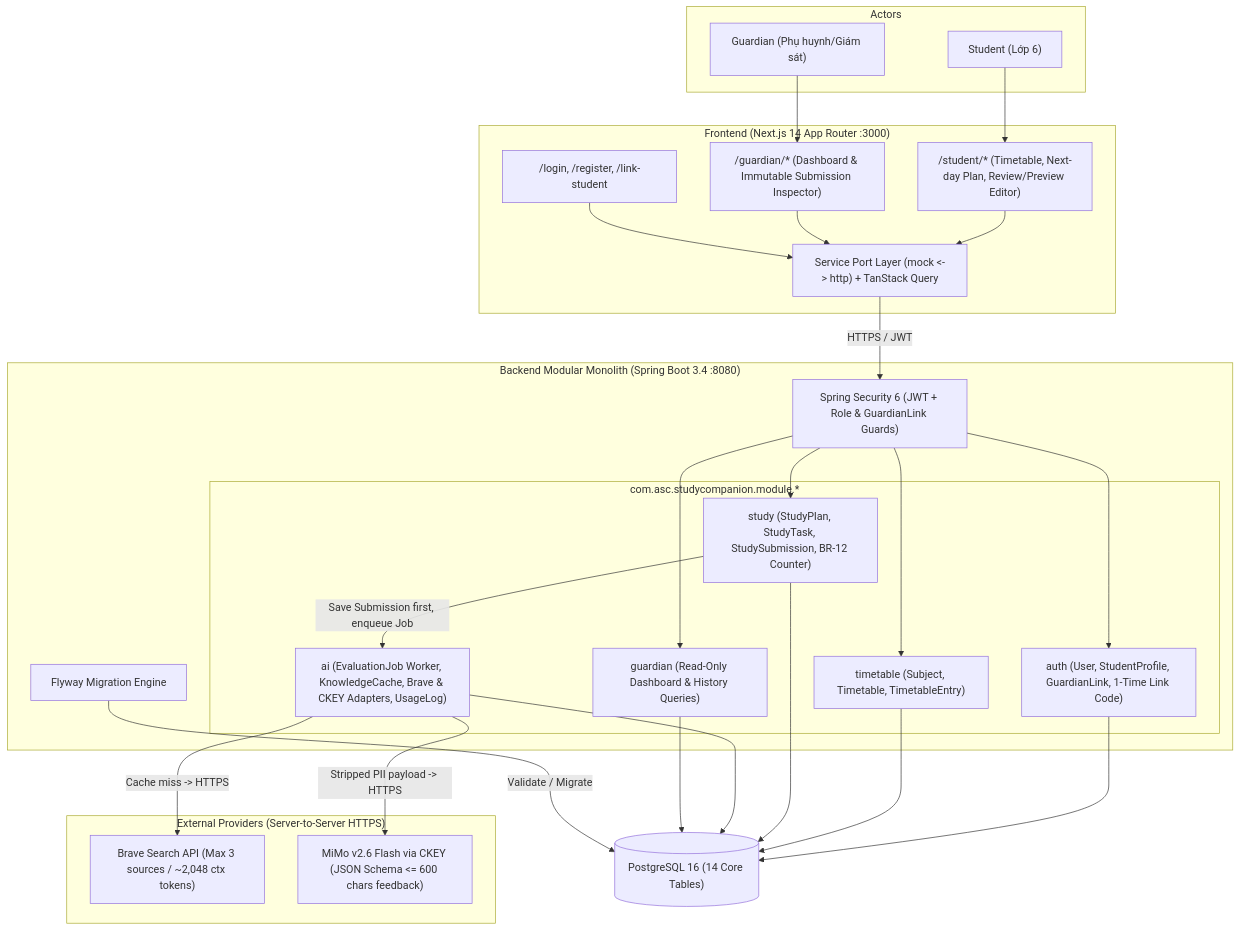
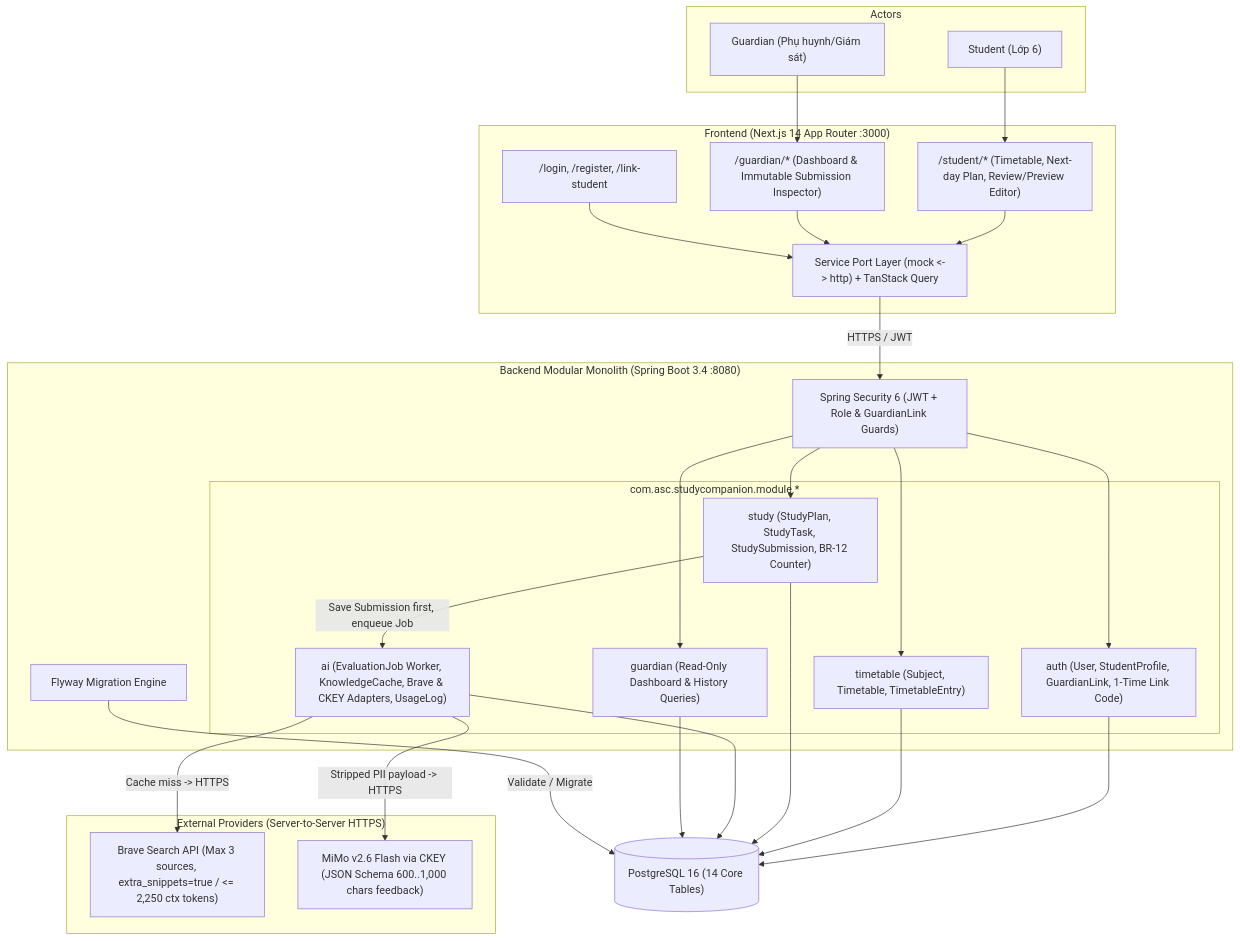
The diagram in docs/ARCHITECTURE.md (QuangTam2005/SEP490-TeaMa), drawn with Mermaid before and after one commit. The commit also changed other lines of this file and 28 other files, not shown here.

````diff
--- a/docs/ARCHITECTURE.md
+++ b/docs/ARCHITECTURE.md
@@ -36,44 +36,44 @@
 ```mermaid
 flowchart TB
     subgraph Users ["Actors"]
         Student["Student (Lớp 6)"]
         Guardian["Guardian (Phụ huynh/Giám sát)"]
     end
 
     subgraph Client ["Frontend (Next.js 14 App Router :3000)"]
         StudentUI["/student/* (Timetable, Next-day Plan, Review/Preview Editor)"]
         GuardianUI["/guardian/* (Dashboard & Immutable Submission Inspector)"]
         AuthUI["/login, /register, /link-student"]
         SvcPort["Service Port Layer (mock <-> http) + TanStack Query"]
     end
 
     subgraph Backend ["Backend Modular Monolith (Spring Boot 3.4 :8080)"]
         Sec["Spring Security 6 (JWT + Role & GuardianLink Guards)"]
         subgraph Modules ["com.asc.studycompanion.module.*"]
             AuthMod["auth (User, StudentProfile, GuardianLink, 1-Time Link Code)"]
             TimeMod["timetable (Subject, Timetable, TimetableEntry)"]
             StudyMod["study (StudyPlan, StudyTask, StudySubmission, BR-12 Counter)"]
             AiMod["ai (EvaluationJob Worker, KnowledgeCache, Brave & CKEY Adapters, UsageLog)"]
             GuardMod["guardian (Read-Only Dashboard & History Queries)"]
         end
         Flyway["Flyway Migration Engine"]
     end
 
     subgraph External ["External Providers (Server-to-Server HTTPS)"]
-        Brave["Brave Search API (Max 3 sources / ~2,048 ctx tokens)"]
-        CKEY["MiMo v2.6 Flash via CKEY (JSON Schema <= 600 chars feedback)"]
+        Brave["Brave Search API (Max 3 sources, extra_snippets=true / <= 2,250 ctx tokens)"]
+        CKEY["MiMo v2.6 Flash via CKEY (JSON Schema 600..1,000 chars feedback)"]
     end
 
     Postgres[("PostgreSQL 16 (14 Core Tables)")]
 
     Student --> StudentUI
     Guardian --> GuardianUI
     StudentUI & GuardianUI & AuthUI --> SvcPort
     SvcPort -->|HTTPS / JWT| Sec
     Sec --> AuthMod & TimeMod & StudyMod & GuardMod
     StudyMod -->|Save Submission first, enqueue Job| AiMod
     AiMod -->|Cache miss -> HTTPS| Brave
     AiMod -->|Stripped PII payload -> HTTPS| CKEY
     AuthMod & TimeMod & StudyMod & AiMod & GuardMod --> Postgres
     Flyway -->|Validate / Migrate| Postgres
 ```
````
